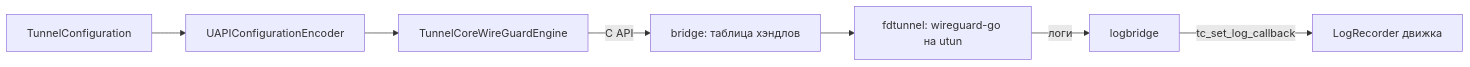
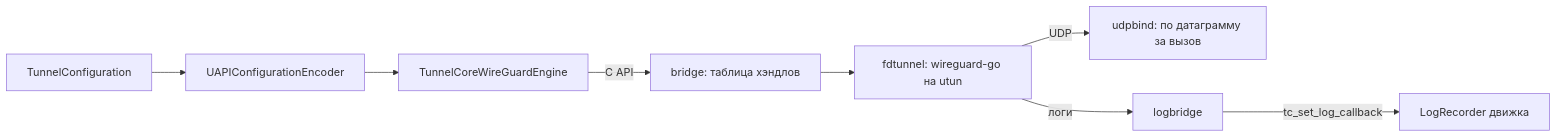
The diagram in docs/features/TunnelEngine.md (facelessdiplomat/splitway), drawn with Mermaid before and after one commit. The commit also changed other lines of this file and 3 other files, not shown here.

````diff
--- a/docs/features/TunnelEngine.md
+++ b/docs/features/TunnelEngine.md
@@ -24,9 +24,10 @@
 ```mermaid
 flowchart LR
   Configuration[TunnelConfiguration] --> Encoder[UAPIConfigurationEncoder]
   Encoder --> Adapter[TunnelCoreWireGuardEngine]
   Adapter -->|C API| Bridge[bridge: таблица хэндлов]
   Bridge --> FDTunnel[fdtunnel: wireguard-go на utun]
+  FDTunnel -->|UDP| UDPBind[udpbind: по датаграмму за вызов]
   FDTunnel -->|логи| LogBridge[logbridge]
   LogBridge -->|tc_set_log_callback| Recorder[LogRecorder движка]
 ```
````
